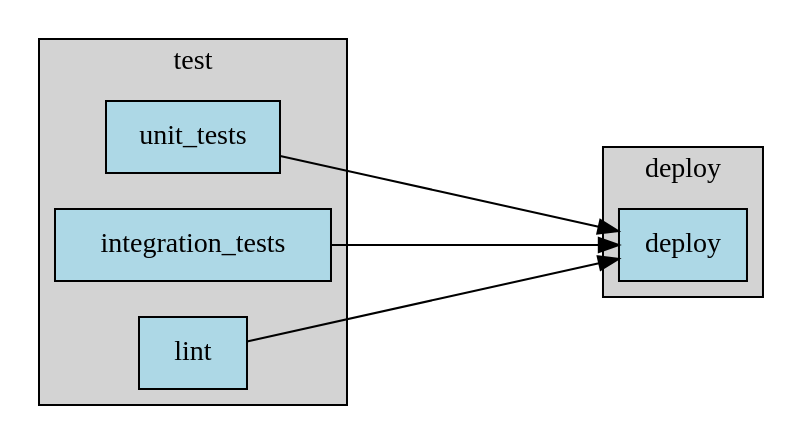
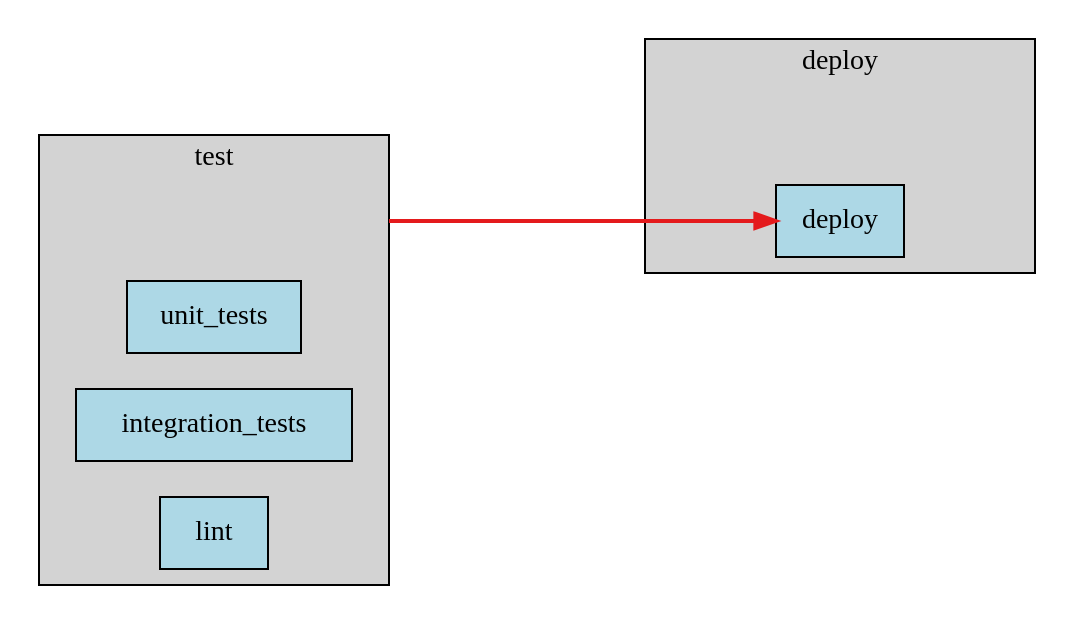
One commit to eisbaw/gitlab_local_ci changed the diagram in test_ci_projects/proj3.output_reference/dag.dot. Above: the diagram before and after it, drawn with Graphviz. The commit also changed 174 other files, not shown here.

```diff
--- a/test_ci_projects/proj3.output_reference/dag.dot
+++ b/test_ci_projects/proj3.output_reference/dag.dot
@@ -1,27 +1,30 @@
 digraph pipeline {
   rankdir="LR";
   ranksep=2;
+  compound=true;
   node [shape=box, style=filled, fillcolor=lightblue];
 
   subgraph cluster_test {
     label="test";
     style=filled;
     fillcolor=lightgrey;
+
+    __stage_anchor_test [style=invis, width=0, height=0];
 
     unit_tests [label="unit_tests", tooltip="---\nstage: test\nscript:\n- echo \"Running unit tests...\"\n- sleep 2\n- echo \"Unit tests passed\"\n"];
     integration_tests [label="integration_tests", tooltip="---\nstage: test\nscript:\n- echo \"Running integration tests...\"\n- sleep 3\n- echo \"Integration tests passed\"\n"];
     lint [label="lint", tooltip="---\nstage: test\nscript:\n- echo \"Running linter...\"\n- sleep 1\n- echo \"Linting passed\"\n"];
   }
 
   subgraph cluster_deploy {
     label="deploy";
     style=filled;
     fillcolor=lightgrey;
 
+    __stage_anchor_deploy [style=invis, width=0, height=0];
+
     deploy [label="deploy", tooltip="---\nstage: deploy\nscript:\n- echo \"Deploying application...\"\n- sleep 2\n- echo \"Deployment complete\"\n"];
   }
 
-  unit_tests -> deploy;
-  integration_tests -> deploy;
-  lint -> deploy;
+  __stage_anchor_test -> deploy [ltail=cluster_test, style=bold, color="#E41A1C"];
 }
```
